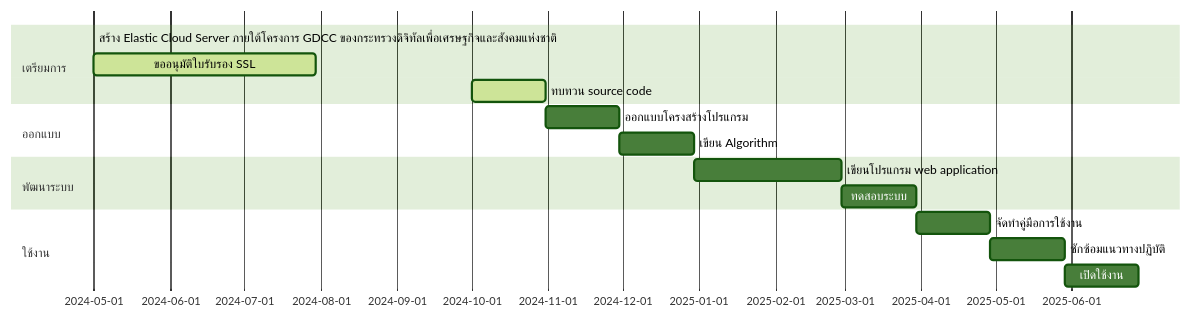
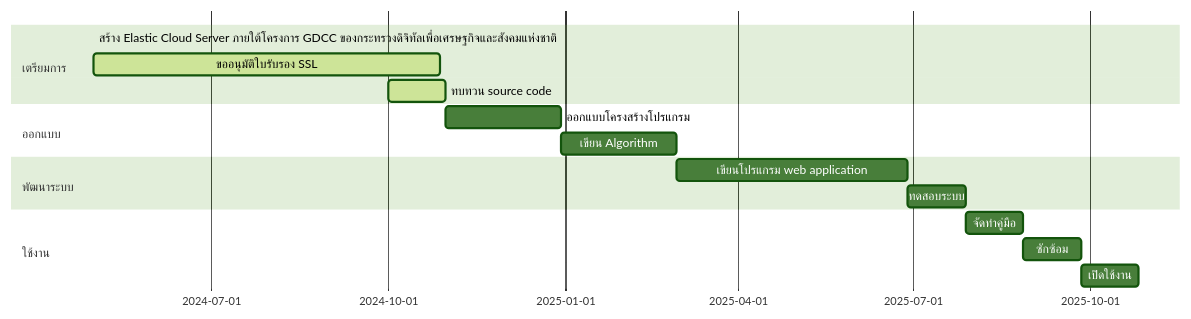
Before and after one commit to Kietpawpan/e-tracking: the first of 2 diagrams in README.md, drawn with Mermaid (forest theme).

````diff
--- a/README.md
+++ b/README.md
@@ -10,19 +10,19 @@
 ```mermaid
 gantt
     section เตรียมการ
     สร้าง Elastic Cloud Server ภายใต้โครงการ GDCC ของกระทรวงดิจิทัลเพื่อเศรษฐกิจและสังคมแห่งชาติ :done,    des1, 2024-05-01,2024-05-30
-    ขออนุมัติใบรับรอง SSL       :active, des2, after des1, 90d
+    ขออนุมัติใบรับรอง SSL       :active, des2, after des1, 180d
     ทบทวน source code  :   active, des3, 2024-10-01, 30d
     section ออกแบบ
-    ออกแบบโครงสร้างโปรแกรม  :         des4, after des3, 30d
-    เขียน Algorithm:   des5, after des4, 30d
+    ออกแบบโครงสร้างโปรแกรม  :         des4, after des3, 60d
+    เขียน Algorithm:   des5, after des4, 60d
     section พัฒนาระบบ
-    เขียนโปรแกรม web application  :  des6, after des5, 60d
+    เขียนโปรแกรม web application  :  des6, after des5, 120d
     ทดสอบระบบ:des7, after des6, 30d
    section ใช้งาน
-    จัดทำคู่มือการใช้งาน   :         des8, after des7, 30d
-    ซักซ้อมแนวทางปฏิบัติ   :         des9, after des8, 30d
+    จัดทำคู่มือ  :         des8, after des7, 30d
+    ซักซ้อม :         des9, after des8, 30d
       เปิดใช้งาน: des10, after des9, 30d
 
 
 ```
````
